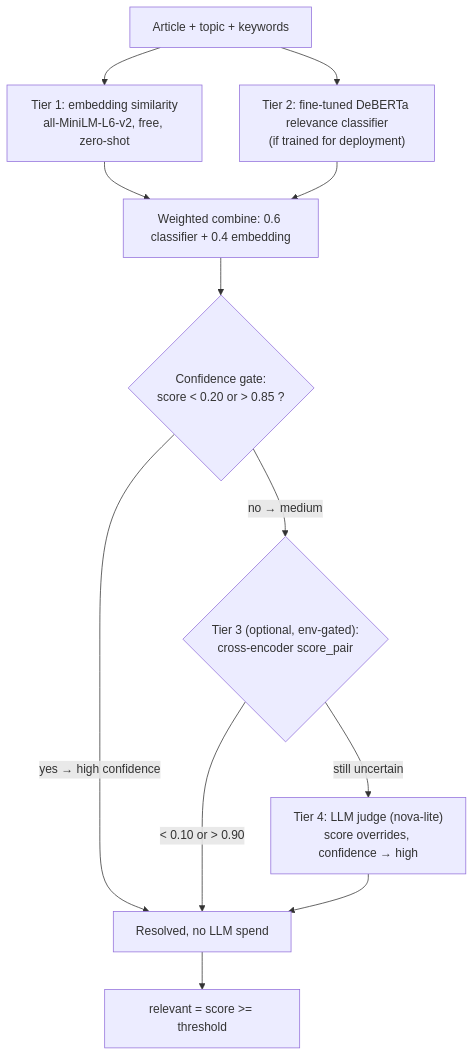
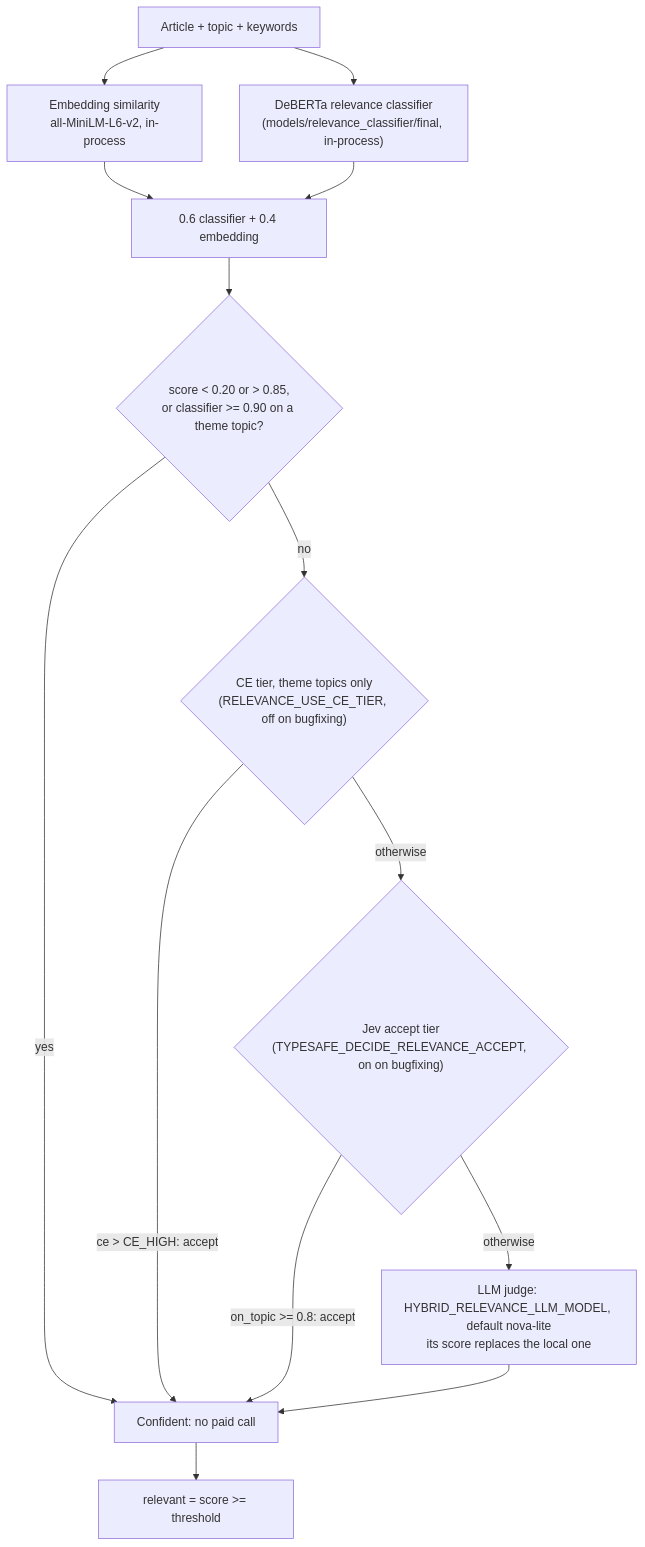
One commit to AuNooAI/AunooAI changed the fourth of 23 diagrams in docs/AI_DESIGN_PATTERNS.md. Above: the diagram before and after it, drawn with Mermaid. The commit also changed other lines of this file and 8 other files, not shown here.

````diff
--- a/docs/AI_DESIGN_PATTERNS.md
+++ b/docs/AI_DESIGN_PATTERNS.md
@@ -212,13 +223,15 @@
 ```mermaid
 flowchart TB
-    A[Article + topic + keywords] --> E["Tier 1: embedding similarity<br/>all-MiniLM-L6-v2, free, zero-shot"]
-    A --> C["Tier 2: fine-tuned DeBERTa relevance classifier<br/>(if trained for deployment)"]
-    E & C --> W["Weighted combine: 0.6 classifier + 0.4 embedding"]
-    W --> G{"Confidence gate:<br/>score < 0.20 or > 0.85 ?"}
-    G -- "yes → high confidence" --> DONE[Resolved, no LLM spend]
-    G -- "no → medium" --> CE{"Tier 3 (optional, env-gated):<br/>cross-encoder score_pair"}
-    CE -- "< 0.10 or > 0.90" --> DONE
-    CE -- still uncertain --> LLM["Tier 4: LLM judge (nova-lite)<br/>score overrides, confidence → high"]
+    A[Article + topic + keywords] --> E["Embedding similarity<br/>all-MiniLM-L6-v2, in-process"]
+    A --> C["DeBERTa relevance classifier<br/>(models/relevance_classifier/final, in-process)"]
+    E & C --> W["0.6 classifier + 0.4 embedding"]
+    W --> G{"score < 0.20 or > 0.85,<br/>or classifier >= 0.90 on a theme topic?"}
+    G -- yes --> DONE[Confident: no paid call]
+    G -- no --> CE{"CE tier, theme topics only<br/>(RELEVANCE_USE_CE_TIER, off on bugfixing)"}
+    CE -- "ce > CE_HIGH: accept" --> DONE
+    CE -- otherwise --> J{"Jev accept tier<br/>(TYPESAFE_DECIDE_RELEVANCE_ACCEPT, on on bugfixing)"}
+    J -- "on_topic >= 0.8: accept" --> DONE
+    J -- otherwise --> LLM["LLM judge: HYBRID_RELEVANCE_LLM_MODEL, default nova-lite<br/>its score replaces the local one"]
     LLM --> DONE
     DONE --> BIN["relevant = score >= threshold"]
 ```
````
